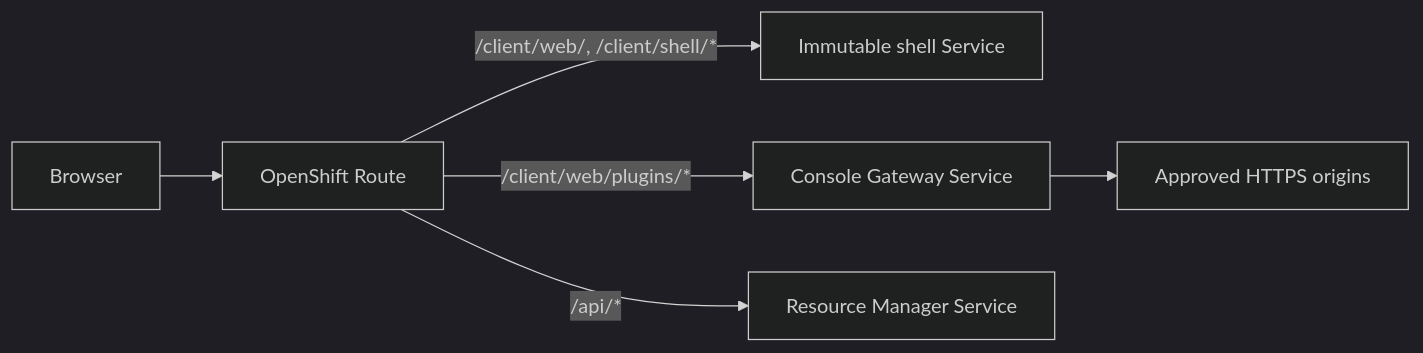
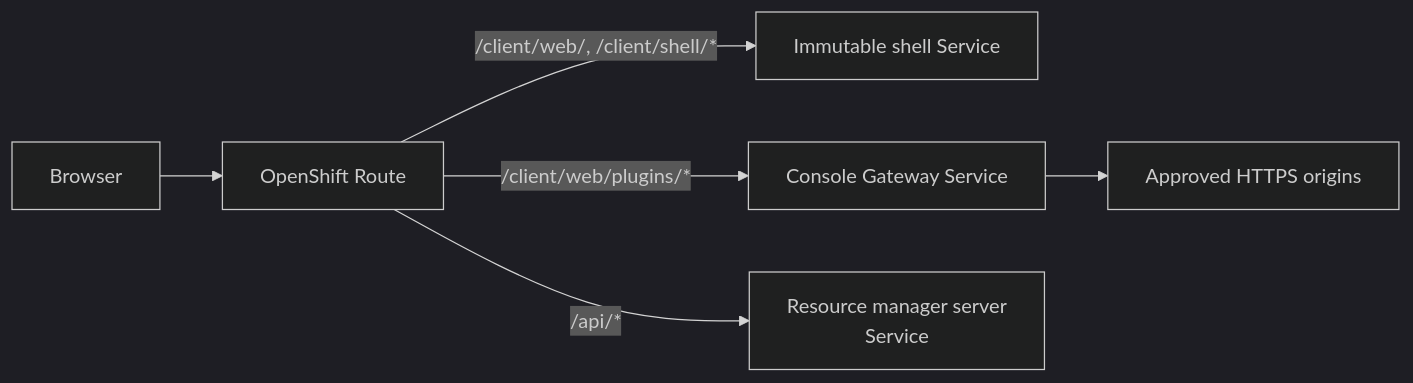
One commit to fleetshift/fleetshift-poc changed the fourth of 4 diagrams in docs/design/client-asset-separation.md. Above: the diagram before and after it, drawn with Mermaid (dark theme). The commit also changed other lines of this file and 139 other files, not shown here.

Commit message:
Clarify platform, architecture, and resource manager terminology

````diff
--- a/docs/design/client-asset-separation.md
+++ b/docs/design/client-asset-separation.md
@@ -245,8 +245,8 @@
 ```mermaid
 flowchart LR
     Browser --> Route[OpenShift Route]
     Route -->|/client/web/, /client/shell/*| Shell[Immutable shell Service]
     Route -->|/client/web/plugins/*| Gateway[Console Gateway Service]
-    Route -->|/api/*| RM[Resource Manager Service]
+    Route -->|/api/*| RM[Resource manager server<br/>Service]
     Gateway --> Origins[Approved HTTPS origins]
 ```
````
